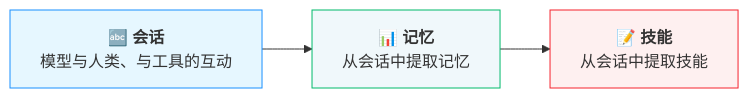
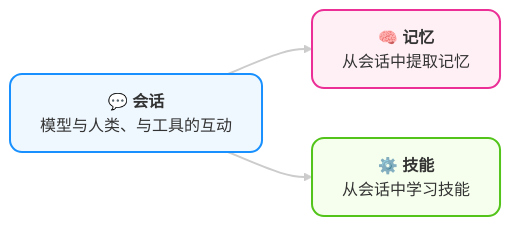
The fourth of 5 diagrams in content/docs/ai-agent-intro/2-agent.md (techunder/posts), drawn with Mermaid before and after one commit. The commit also changed other lines of this file and 3 other files, not shown here.

````diff
--- a/content/docs/ai-agent-intro/2-agent.md
+++ b/content/docs/ai-agent-intro/2-agent.md
@@ -903,13 +907,16 @@
 ```mermaid
 flowchart LR
-    A["🔤 <b>会话</b><br/>模型与人类、与工具的互动"]
-    B["📊 <b>记忆</b><br/>从会话中提取记忆"]
-    C["📝 <b>技能</b><br/>从会话中提取技能"]
+    A["💬 <b>会话</b><br/>模型与人类、与工具的互动"]
+    B["🧠 <b>记忆</b><br/>从会话中提取记忆"]
+    C["⚙️  <b>技能</b><br/>从会话中学习技能"]
 
     A --> B
-    B --> C
+    A --> C
 
-    style A fill:#e6f7ff,stroke:#1890ff,rounded:true
-    style B fill:#f0f8fb,stroke:#00b96b,rounded:true
-    style C fill:#fef0f0,stroke:#f5222d,rounded:true
+    style A fill:#f0f8ff,stroke:#1890ff,stroke-width:2px,rx:12
+    style B fill:#fff0f6,stroke:#eb2f96,stroke-width:2px,rx:12
+    style C fill:#f6ffed,stroke:#52c41a,stroke-width:2px,rx:12
+
+    linkStyle 0 stroke:#ccc,stroke-width:2px
+    linkStyle 1 stroke:#ccc,stroke-width:2px
 ```
````
